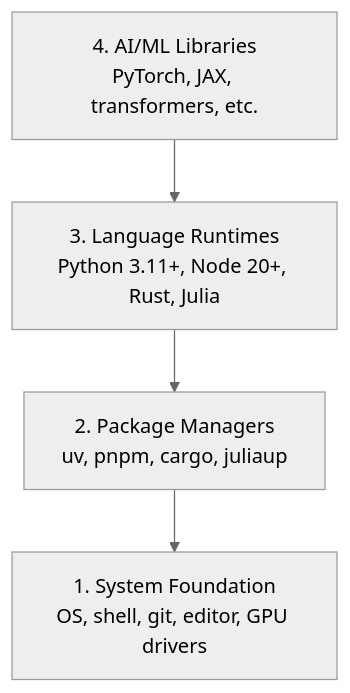
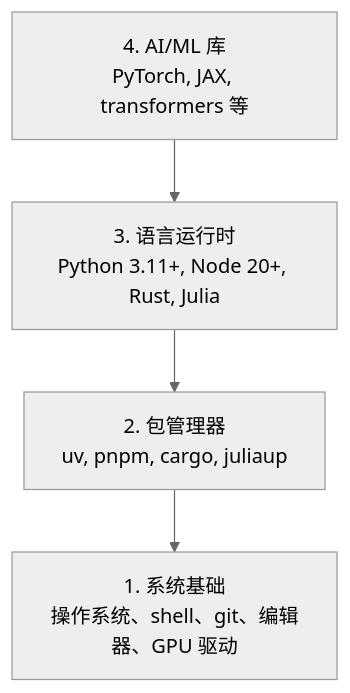
The diagram in phases/00-setup-and-tooling/01-dev-environment/docs/zh.md (JerryC8080/ai-engineering-from-scratch-zh), drawn with Mermaid (neutral theme) before and after one commit. The commit also changed 156 other files, not shown here.

First line of the commit message:
i18n(zh): translate mermaid diagram labels in 157 lesson zh.md

````diff
--- a/phases/00-setup-and-tooling/01-dev-environment/docs/zh.md
+++ b/phases/00-setup-and-tooling/01-dev-environment/docs/zh.md
@@ -29,6 +29,6 @@
 ```mermaid
 graph TD
-    A["4. AI/ML Libraries\nPyTorch, JAX, transformers, etc."] --> B["3. Language Runtimes\nPython 3.11+, Node 20+, Rust, Julia"]
-    B --> C["2. Package Managers\nuv, pnpm, cargo, juliaup"]
-    C --> D["1. System Foundation\nOS, shell, git, editor, GPU drivers"]
+    A["4. AI/ML 库\nPyTorch, JAX, transformers 等"] --> B["3. 语言运行时\nPython 3.11+, Node 20+, Rust, Julia"]
+    B --> C["2. 包管理器\nuv, pnpm, cargo, juliaup"]
+    C --> D["1. 系统基础\n操作系统、shell、git、编辑器、GPU 驱动"]
 ```
````
